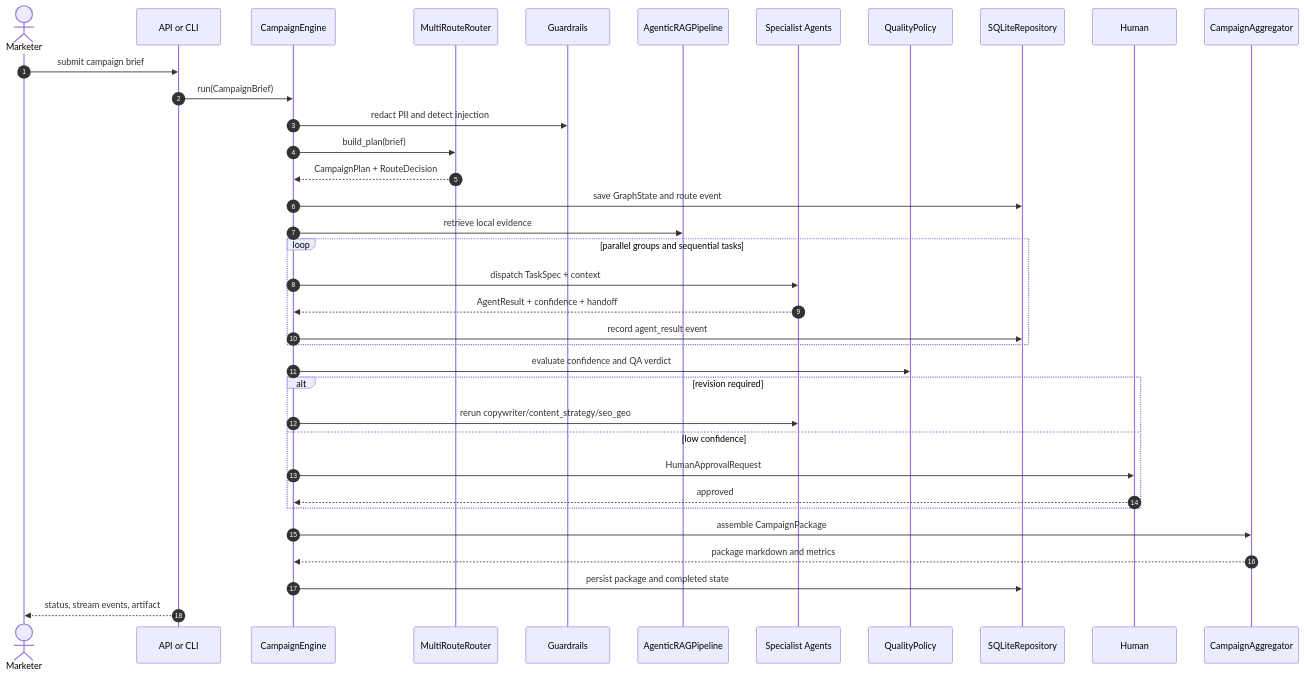
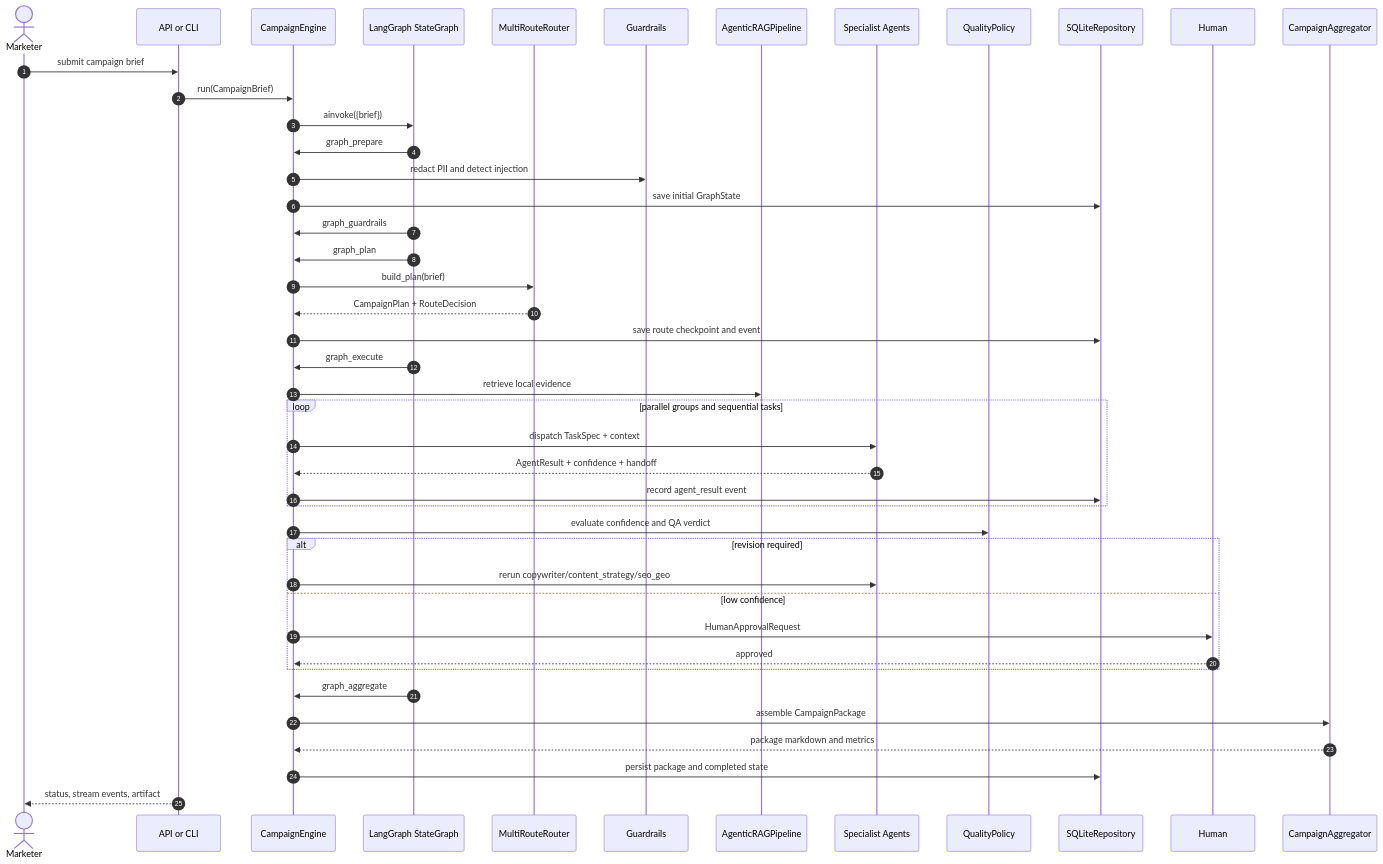
One commit to shakehasan/Agentic-Studio changed the sixth of 8 diagrams in README.md. Above: the diagram before and after it, drawn with Mermaid. The commit also changed other lines of this file and 7 other files, not shown here.

````diff
--- a/README.md
+++ b/README.md
@@ -308,39 +311,47 @@
 ```mermaid
 sequenceDiagram
     autonumber
     actor U as Marketer
     participant API as API or CLI
     participant ENG as CampaignEngine
+    participant LG as LangGraph StateGraph
     participant RT as MultiRouteRouter
     participant GR as Guardrails
     participant RAG as AgenticRAGPipeline
     participant AG as Specialist Agents
     participant QA as QualityPolicy
     participant DB as SQLiteRepository
     participant H as Human
     participant OUT as CampaignAggregator
 
     U->>API: submit campaign brief
     API->>ENG: run(CampaignBrief)
+    ENG->>LG: ainvoke({brief})
+    LG->>ENG: graph_prepare
     ENG->>GR: redact PII and detect injection
+    ENG->>DB: save initial GraphState
+    LG->>ENG: graph_guardrails
+    LG->>ENG: graph_plan
     ENG->>RT: build_plan(brief)
     RT-->>ENG: CampaignPlan + RouteDecision
-    ENG->>DB: save GraphState and route event
+    ENG->>DB: save route checkpoint and event
+    LG->>ENG: graph_execute
     ENG->>RAG: retrieve local evidence
     loop parallel groups and sequential tasks
         ENG->>AG: dispatch TaskSpec + context
         AG-->>ENG: AgentResult + confidence + handoff
         ENG->>DB: record agent_result event
     end
     ENG->>QA: evaluate confidence and QA verdict
     alt revision required
         ENG->>AG: rerun copywriter/content_strategy/seo_geo
     else low confidence
         ENG->>H: HumanApprovalRequest
         H-->>ENG: approved
     end
+    LG->>ENG: graph_aggregate
     ENG->>OUT: assemble CampaignPackage
     OUT-->>ENG: package markdown and metrics
     ENG->>DB: persist package and completed state
     API-->>U: status, stream events, artifact
 ```
````
